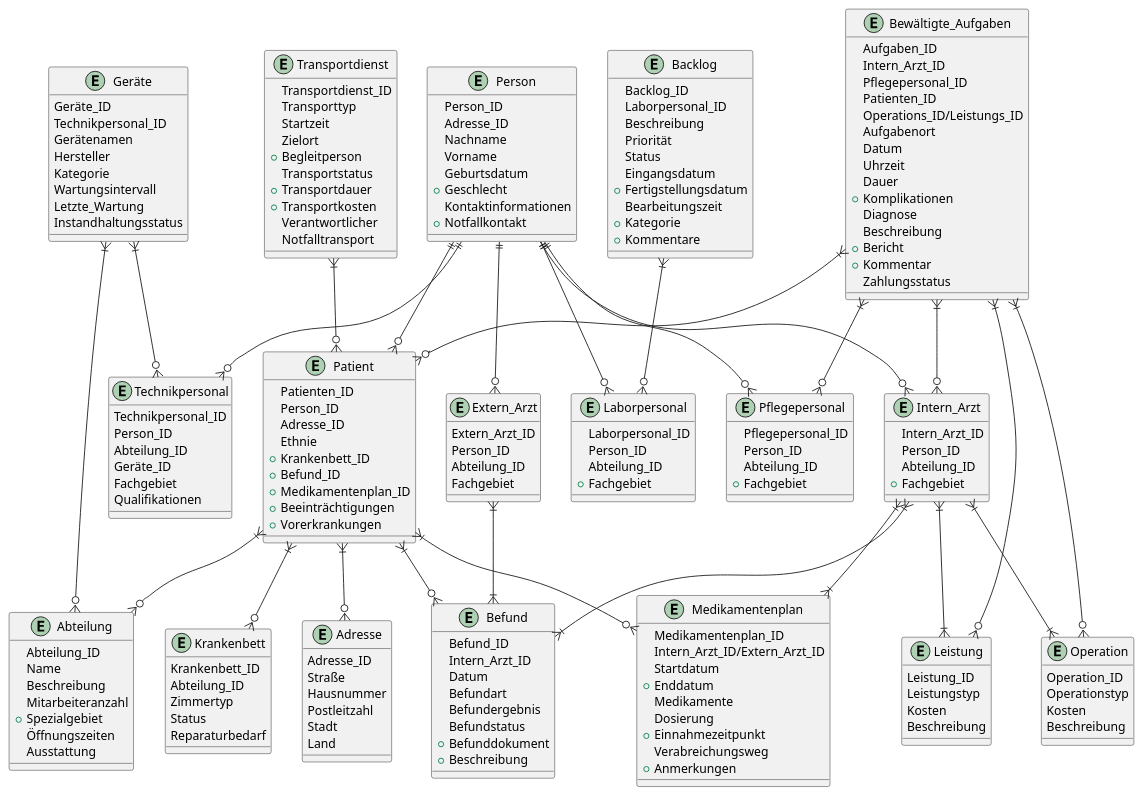
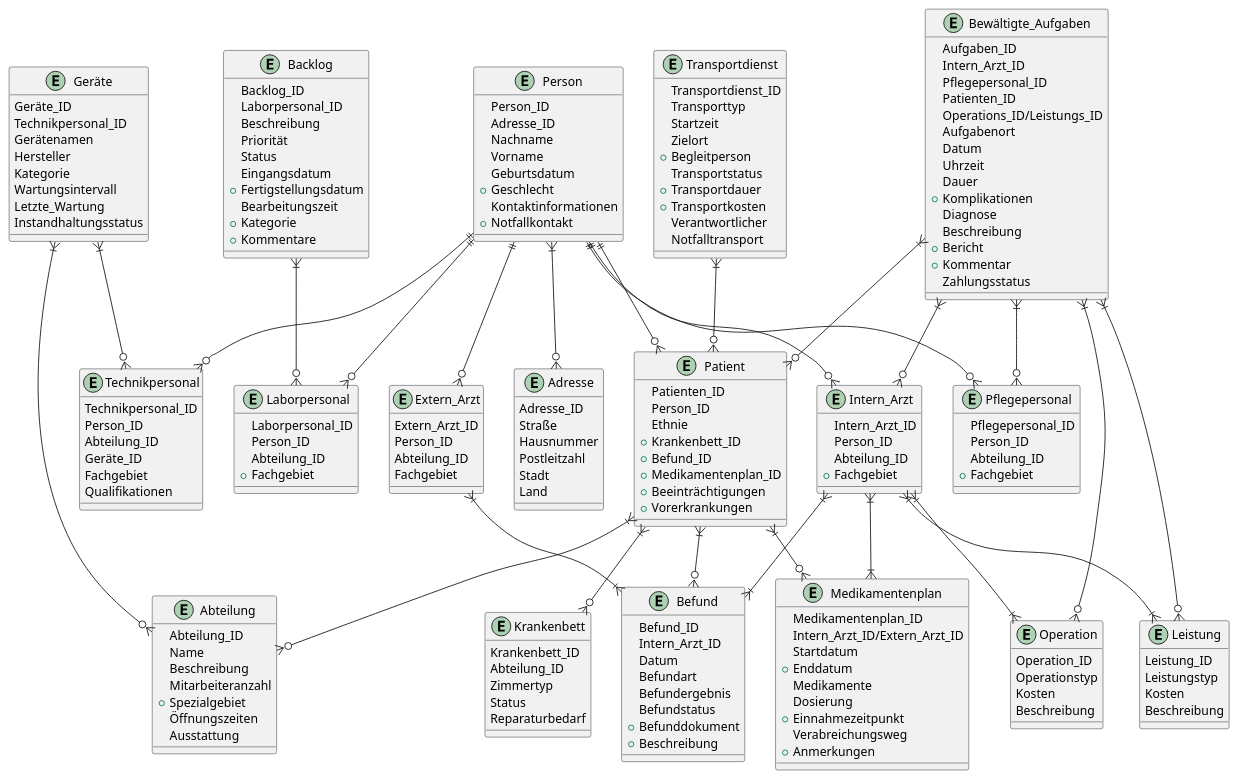
One commit to helenlaible/ss23-kba-project changed the second of 2 diagrams in docs/4_er-diagram/er-diagram.md. Above: the diagram before and after it, drawn with PlantUML.

Commit message:
Update er-diagram.md
Beziehung Adresse Person

```diff
--- a/docs/4_er-diagram/er-diagram.md
+++ b/docs/4_er-diagram/er-diagram.md
@@ -23,7 +23,6 @@
 entity "Patient" as patient {
     Patienten_ID
     Person_ID
-    Adresse_ID
     Ethnie
   + Krankenbett_ID
   + Befund_ID
@@ -205,8 +204,8 @@
 person ||--o{ technikpersonal
 person ||--o{ laborpersonal
 person ||--o{ pflegepersonal
+person }|--o{ adresse
 
-patient }|--o{ adresse
 patient }|--o{ abteilung
 patient }|--o{ krankenbett
 patient }|--o{ medikamentenplan
```
